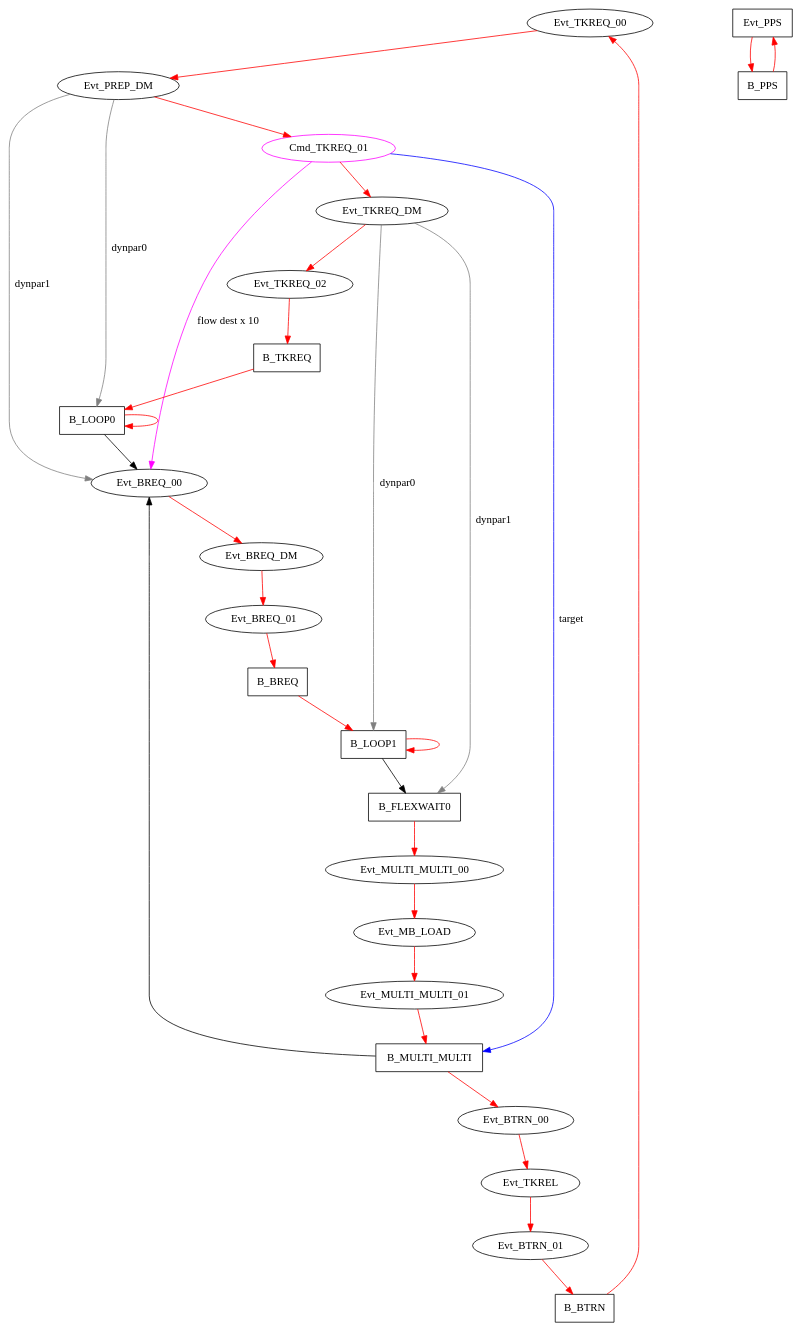
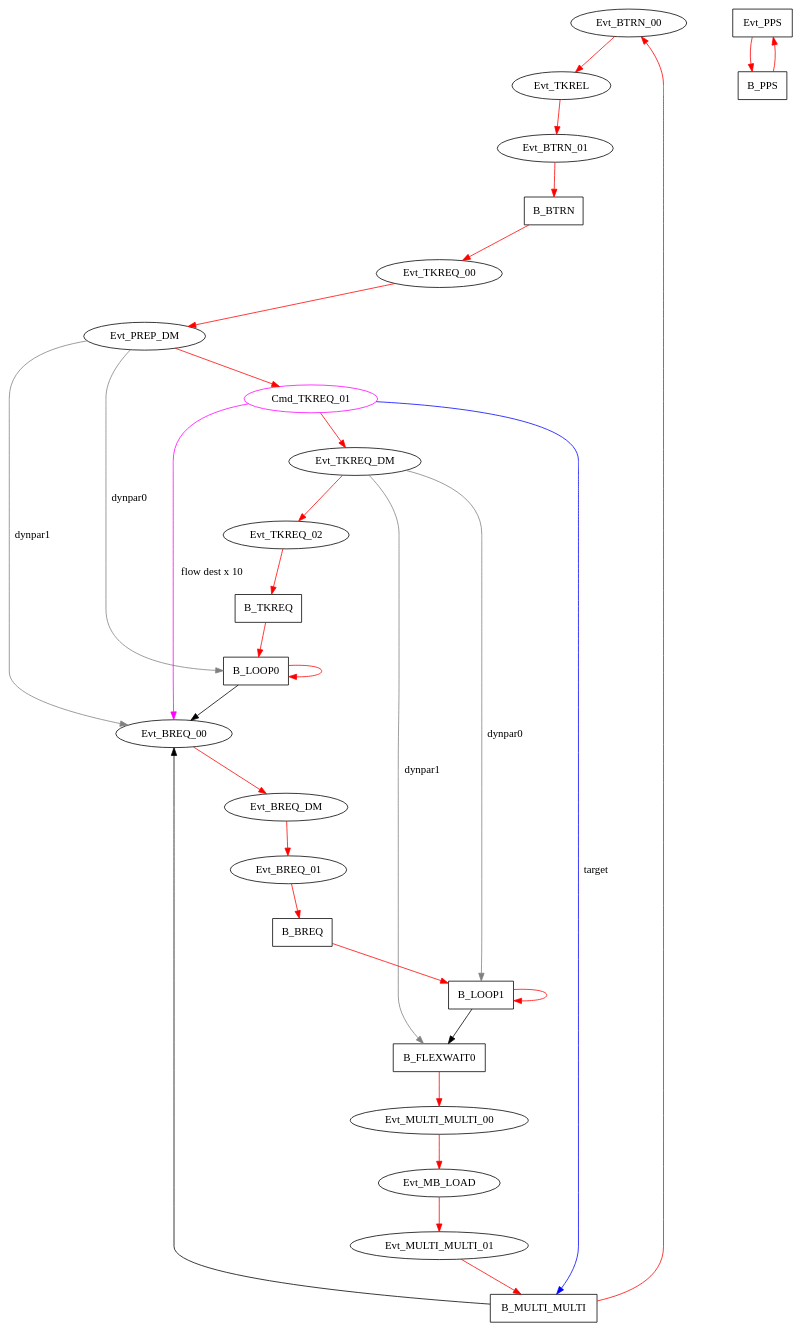
The diagram in modules/ftm/tests_schedule_validation/doc/TestPattern/multi_schedule.dot (Booxer/bel_projects), drawn with Graphviz before and after one commit. The commit also changed 2 other files, not shown here.

```diff
--- a/modules/ftm/tests_schedule_validation/doc/TestPattern/multi_schedule.dot
+++ b/modules/ftm/tests_schedule_validation/doc/TestPattern/multi_schedule.dot
@@ -1,153 +1,57 @@
 digraph g {
 name="Multi_demo";
 
 graph [root="Evt_TKREQ_00",  rankdir=TB, nodesep=0.6, mindist=0.6, ranksep=0.6, overlap=false]
 node  [type="TMsg",   shape="rectangle", style="filled", fillcolor="white", color="black", cpu="0"]
 edge  [type="defdst", color="red"]
 
 subgraph cpu0 {
   node  [cpu="0"];
 
-  Evt_TKREQ_00        [type="TMsg",         toffs=        0,   id="0x0000000000000001", par="0x123", shape="oval"];
-  Evt_PREP_DM         [type="TMsg",         toffs=      100,   id="0x1111000000000000", par="0x0",   shape="oval"];
-  Cmd_TKREQ_01        [type="Flow",         toffs=      300,   tValid=0, qty=9, color="magenta",     shape="oval"];
-  Evt_TKREQ_DM        [type="TMsg",         toffs=      500,   id="0x2222000000000000", par="0x0",   shape="oval"];
-  Evt_TKREQ_02        [type="TMsg",         toffs=     1000,   id="0x0000000000000002", par="0x456", shape="oval"];
-  B_TKREQ             [type="Block",      tperiod=200000000];
-  B_LOOP0             [type="Block",      tperiod=    10000, qil="1", qhi="1", qlo="1"];
-  Evt_BREQ_00         [type="TMsg",         toffs=        0,   id="0x0000000000000003", par="0x456", shape="oval"];
-  Evt_BREQ_DM         [type="TMsg",         toffs=     2000,   id="0x3333000000000000", par="0x456", shape="oval"];
-  Evt_BREQ_01         [type="TMsg",         toffs=     9000,   id="0x0000000000000004", par="0x456", shape="oval"];
-  B_BREQ              [type="Block",      tperiod=  2000000];
-  B_LOOP1             [type="Block",      tperiod=    10000, qil="1", qhi="1", qlo="1"];
-  B_FLEXWAIT0         [type="Block",      tperiod=    71111, qil="1", qhi="1", qlo="1"];
-  Evt_MULTI_MULTI_00  [type="TMsg",         toffs=        0,   id="0x0000000000000005", par="0x456", shape="oval"];
-  Evt_MB_LOAD         [type="TMsg",         toffs=      200,   id="0x0000000000000006", par="0x456", shape="oval"];
-  Evt_MULTI_MULTI_01  [type="TMsg",         toffs=      700,   id="0x0000000000000007", par="0x456", shape="oval"];
-  B_MULTI_MULTI       [type="BlockAlign", tperiod= 10000000, qil="1", qhi="1", qlo="1"];
-  Evt_BTRN_00         [type="TMsg",         toffs=      500,   id="0x0000000000000008", par="0x456", shape="oval"];
-  Evt_TKREL           [type="TMsg",         toffs=    10000,   id="0x4444000000000000", par="0x456", shape="oval"];
-  Evt_BTRN_01         [type="TMsg",         toffs=    10500,   id="0x0000000000000009", par="0x456", shape="oval"];
-  B_BTRN              [type="Block",      tperiod=   200000];
+  Evt_BTRN_00         [pos="720,864",  type="TMsg",         toffs=      500,   id="0x0000000000000008", par="0x456", shape="oval"];
+  Evt_TKREL           [pos="720,1008",type="TMsg",         toffs=    10000,   id="0x4444000000000000", par="0x456", shape="oval"];
+  Evt_BTRN_01         [pos="360,1008", type="TMsg",         toffs=    10500,   id="0x0000000000000009", par="0x456", shape="oval"];
+  B_BTRN              [pos="0,1008",   type="Block",      tperiod=   200000];
+  Evt_TKREQ_00        [pos="0,864",    type="TMsg",         toffs=        0,   id="0x0000000000000001", par="0x123", shape="oval"];
+  Evt_PREP_DM         [pos="0,720",    type="TMsg",         toffs=      100,   id="0x1111000000000000", par="0x0",   shape="oval"];
+  Cmd_TKREQ_01        [pos="360,864",  type="Flow",         toffs=      300,   tValid=0, qty=9, color="magenta",     shape="oval"];
+  Evt_TKREQ_DM        [pos="540,432",  type="TMsg",         toffs=      500,   id="0x2222000000000000", par="0x0",   shape="oval"];
+  Evt_TKREQ_02        [pos="0,288",  type="TMsg",         toffs=     1000,   id="0x0000000000000002", par="0x456", shape="oval"];
+  B_TKREQ             [pos="0,432",  type="Block",      tperiod=200000000];
+  B_LOOP0             [pos="0,576",    type="Block",      tperiod=    10000, qil="1", qhi="1", qlo="1"];
+  B_FLEXWAIT0         [pos="720,144", type="Block",      tperiod=    71111, qil="1", qhi="1", qlo="1"];
+  Evt_MULTI_MULTI_00  [pos="780,288", type="TMsg",         toffs=        0,   id="0x0000000000000005", par="0x456", shape="oval"];
+  Evt_MB_LOAD         [pos="780,432", type="TMsg",         toffs=      200,   id="0x0000000000000006", par="0x456", shape="oval"];
+  Evt_MULTI_MULTI_01  [pos="720,576", type="TMsg",         toffs=      700,   id="0x0000000000000007", par="0x456", shape="oval"];
+  B_MULTI_MULTI       [pos="540,720", type="BlockAlign", tperiod= 10000000, qil="1", qhi="1", qlo="1"];
+  Evt_BREQ_00         [pos="360,576",  type="TMsg",         toffs=        0,   id="0x0000000000000003", par="0x456", shape="oval"];
+  Evt_BREQ_DM         [pos="300,432",  type="TMsg",         toffs=     2000,   id="0x3333000000000000", par="0x456", shape="oval"];
+  Evt_BREQ_01         [pos="300,288",  type="TMsg",         toffs=     9000,   id="0x0000000000000004", par="0x456", shape="oval"];
+  B_BREQ              [pos="360,144",  type="Block",      tperiod=  2000000];
+  B_LOOP1             [pos="540,0",    type="Block",      tperiod=    10000, qil="1", qhi="1", qlo="1"];
 
   Evt_TKREQ_00  -> Evt_PREP_DM -> Cmd_TKREQ_01 -> Evt_TKREQ_DM -> Evt_TKREQ_02 -> B_TKREQ -> B_LOOP0 -> B_LOOP0;
   Cmd_TKREQ_01  -> B_MULTI_MULTI [type="target", color="blue", label="target"];
   Cmd_TKREQ_01  -> Evt_BREQ_00 [type="flowdst", color="magenta", label="flow dest x 10"];
 
   Evt_PREP_DM   -> B_LOOP0      [type="dynpar0", color="grey", label="dynpar0"];
   Evt_PREP_DM   -> Evt_BREQ_00  [type="dynpar1", color="grey", label="dynpar1"];
   Evt_TKREQ_DM  -> B_LOOP1      [type="dynpar0", color="grey", label="dynpar0"];
   Evt_TKREQ_DM  -> B_FLEXWAIT0  [type="dynpar1", color="grey", label="dynpar1"];
   B_LOOP0       -> Evt_BREQ_00  [type="altdst",  color="black"];
 
   Evt_BREQ_00   -> Evt_BREQ_DM  -> Evt_BREQ_01  -> B_BREQ -> B_LOOP1 -> B_LOOP1;
   B_LOOP1       -> B_FLEXWAIT0 [type="altdst", color="black"];
   B_FLEXWAIT0   -> Evt_MULTI_MULTI_00 -> Evt_MB_LOAD -> Evt_MULTI_MULTI_01 -> B_MULTI_MULTI -> Evt_BTRN_00 -> Evt_TKREL -> Evt_BTRN_01 -> B_BTRN -> Evt_TKREQ_00;
   B_MULTI_MULTI -> Evt_BREQ_00 [type="altdst", color="black"];
 
 }
 
 subgraph cpu1 {
   node  [cpu="1"];
-
-
-  Evt_PPS   [type="tmsg",   toffs=          0,   fid=0, gid=5, evtno=205, sid=2, bpid=8, par="0x123"];
-  B_PPS     [type="block",  tperiod=1000000000];
-  Evt_PPS   -> B_PPS -> Evt_PPS;
+  Evt_PPS   [pos="0,144", type="tmsg", toffs=0, fid=0, gid=5, evtno=205, sid=2, bpid=8, par="0x123"];
+  B_PPS     [pos="0,0",   type="block", tperiod=1000000000];
+  Evt_PPS -> B_PPS -> Evt_PPS;
+}
 
 }
-
-
-/*
-B_LOOP0_ListDst [type="ListDst", color="grey", style=dashed, flags=0];
-B_LOOP0_QBl_Hi [type="QInfo", color="grey", style=dashed, flags=0];
-B_LOOP0_QBl_Il [type="QInfo", color="grey", style=dashed, flags=0];
-B_LOOP0_QBl_Lo [type="QInfo", color="grey", style=dashed, flags=0];
-B_LOOP0_Qb_Hi0 [type="QBuf", color="grey", style=dashed, flags=0];
-B_LOOP0_Qb_Il0 [type="QBuf", color="grey", style=dashed, flags=0];
-B_LOOP0_Qb_Lo0 [type="QBuf", color="grey", style=dashed, flags=0];
-B_LOOP0_Qb_Hi1 [type="QBuf", color="grey", style=dashed, flags=0];
-B_LOOP0_Qb_Il1 [type="QBuf", color="grey", style=dashed, flags=0];
-B_LOOP0_Qb_Lo1 [type="QBuf", color="grey", style=dashed, flags=0];
-
-B_LOOP0->B_LOOP0_QBl_Il [type="prioil", color="grey", style=dashed, label="Il Qbuf List"];
-B_LOOP0->B_LOOP0_QBl_Hi [type="priohi", color="grey", style=dashed, label="Hi Qbuf List"];
-B_LOOP0->B_LOOP0_QBl_Lo [type="priolo", color="grey", style=dashed, label="Lo Qbuf List"];
-B_LOOP0_QBl_Il->B_LOOP0_Qb_Il0 [type="meta", color="grey", style=dashed, label="QBuf"];
-B_LOOP0_QBl_Hi->B_LOOP0_Qb_Hi0 [type="meta", color="grey", style=dashed, label="QBuf"];
-B_LOOP0_QBl_Lo->B_LOOP0_Qb_Lo0 [type="meta", color="grey", style=dashed, label="QBuf"];
-B_LOOP0_QBl_Il->B_LOOP0_Qb_Il1 [type="meta", color="grey", style=dashed, label="QBuf"];
-B_LOOP0_QBl_Hi->B_LOOP0_Qb_Hi1 [type="meta", color="grey", style=dashed, label="QBuf"];
-B_LOOP0_QBl_Lo->B_LOOP0_Qb_Lo1 [type="meta", color="grey", style=dashed, label="QBuf"];
-B_LOOP0->B_LOOP0_ListDst [type="listdst", color="grey", style=dashed, label="listdst"];
-
-B_LOOP1_ListDst [type="ListDst", color="grey", style=dashed, flags=0];
-B_LOOP1_QBl_Hi [type="QInfo", color="grey", style=dashed, flags=0];
-B_LOOP1_QBl_Il [type="QInfo", color="grey", style=dashed, flags=0];
-B_LOOP1_QBl_Lo [type="QInfo", color="grey", style=dashed, flags=0];
-B_LOOP1_Qb_Hi0 [type="QBuf", color="grey", style=dashed, flags=0];
-B_LOOP1_Qb_Il0 [type="QBuf", color="grey", style=dashed, flags=0];
-B_LOOP1_Qb_Lo0 [type="QBuf", color="grey", style=dashed, flags=0];
-B_LOOP1_Qb_Hi1 [type="QBuf", color="grey", style=dashed, flags=0];
-B_LOOP1_Qb_Il1 [type="QBuf", color="grey", style=dashed, flags=0];
-B_LOOP1_Qb_Lo1 [type="QBuf", color="grey", style=dashed, flags=0];
-
-B_LOOP1->B_LOOP1_QBl_Il [type="prioil", color="grey", style=dashed, label="Il Qbuf List"];
-B_LOOP1->B_LOOP1_QBl_Hi [type="priohi", color="grey", style=dashed, label="Hi Qbuf List"];
-B_LOOP1->B_LOOP1_QBl_Lo [type="priolo", color="grey", style=dashed, label="Lo Qbuf List"];
-B_LOOP1_QBl_Il->B_LOOP1_Qb_Il0 [type="meta", color="grey", style=dashed, label="QBuf"];
-B_LOOP1_QBl_Hi->B_LOOP1_Qb_Hi0 [type="meta", color="grey", style=dashed, label="QBuf"];
-B_LOOP1_QBl_Lo->B_LOOP1_Qb_Lo0 [type="meta", color="grey", style=dashed, label="QBuf"];
-B_LOOP1_QBl_Il->B_LOOP1_Qb_Il1 [type="meta", color="grey", style=dashed, label="QBuf"];
-B_LOOP1_QBl_Hi->B_LOOP1_Qb_Hi1 [type="meta", color="grey", style=dashed, label="QBuf"];
-B_LOOP1_QBl_Lo->B_LOOP1_Qb_Lo1 [type="meta", color="grey", style=dashed, label="QBuf"];
-B_LOOP1->B_LOOP1_ListDst [type="listdst", color="grey", style=dashed, label="listdst"];
-
-B_FLEXWAIT0_ListDst [type="ListDst", color="grey", style=dashed, flags=0];
-B_FLEXWAIT0_QBl_Hi [type="QInfo", color="grey", style=dashed, flags=0];
-B_FLEXWAIT0_QBl_Il [type="QInfo", color="grey", style=dashed, flags=0];
-B_FLEXWAIT0_QBl_Lo [type="QInfo", color="grey", style=dashed, flags=0];
-B_FLEXWAIT0_Qb_Hi0 [type="QBuf", color="grey", style=dashed, flags=0];
-B_FLEXWAIT0_Qb_Il0 [type="QBuf", color="grey", style=dashed, flags=0];
-B_FLEXWAIT0_Qb_Lo0 [type="QBuf", color="grey", style=dashed, flags=0];
-B_FLEXWAIT0_Qb_Hi1 [type="QBuf", color="grey", style=dashed, flags=0];
-B_FLEXWAIT0_Qb_Il1 [type="QBuf", color="grey", style=dashed, flags=0];
-B_FLEXWAIT0_Qb_Lo1 [type="QBuf", color="grey", style=dashed, flags=0];
-
-B_FLEXWAIT0->B_FLEXWAIT0_QBl_Il [type="prioil", color="grey", style=dashed, label="Il Qbuf List"];
-B_FLEXWAIT0->B_FLEXWAIT0_QBl_Hi [type="priohi", color="grey", style=dashed, label="Hi Qbuf List"];
-B_FLEXWAIT0->B_FLEXWAIT0_QBl_Lo [type="priolo", color="grey", style=dashed, label="Lo Qbuf List"];
-B_FLEXWAIT0_QBl_Il->B_FLEXWAIT0_Qb_Il0 [type="meta", color="grey", style=dashed, label="QBuf"];
-B_FLEXWAIT0_QBl_Hi->B_FLEXWAIT0_Qb_Hi0 [type="meta", color="grey", style=dashed, label="QBuf"];
-B_FLEXWAIT0_QBl_Lo->B_FLEXWAIT0_Qb_Lo0 [type="meta", color="grey", style=dashed, label="QBuf"];
-B_FLEXWAIT0_QBl_Il->B_FLEXWAIT0_Qb_Il1 [type="meta", color="grey", style=dashed, label="QBuf"];
-B_FLEXWAIT0_QBl_Hi->B_FLEXWAIT0_Qb_Hi1 [type="meta", color="grey", style=dashed, label="QBuf"];
-B_FLEXWAIT0_QBl_Lo->B_FLEXWAIT0_Qb_Lo1 [type="meta", color="grey", style=dashed, label="QBuf"];
-B_FLEXWAIT0->B_FLEXWAIT0_ListDst [type="listdst", color="grey", style=dashed, label="listdst"];
-
-
-B_MULTI_MULTI_ListDst [type="ListDst", color="grey", style=dashed, flags=0];
-B_MULTI_MULTI_QBl_Hi [type="QInfo", color="grey", style=dashed, flags=0];
-B_MULTI_MULTI_QBl_Il [type="QInfo", color="grey", style=dashed, flags=0];
-B_MULTI_MULTI_QBl_Lo [type="QInfo", color="grey", style=dashed, flags=0];
-B_MULTI_MULTI_Qb_Hi0 [type="QBuf", color="grey", style=dashed, flags=0];
-B_MULTI_MULTI_Qb_Il0 [type="QBuf", color="grey", style=dashed, flags=0];
-B_MULTI_MULTI_Qb_Lo0 [type="QBuf", color="grey", style=dashed, flags=0];
-B_MULTI_MULTI_Qb_Hi1 [type="QBuf", color="grey", style=dashed, flags=0];
-B_MULTI_MULTI_Qb_Il1 [type="QBuf", color="grey", style=dashed, flags=0];
-B_MULTI_MULTI_Qb_Lo1 [type="QBuf", color="grey", style=dashed, flags=0];
-
-B_MULTI_MULTI->B_MULTI_MULTI_QBl_Il [type="prioil", color="grey", style=dashed, label="Il Qbuf List"];
-B_MULTI_MULTI->B_MULTI_MULTI_QBl_Hi [type="priohi", color="grey", style=dashed, label="Hi Qbuf List"];
-B_MULTI_MULTI->B_MULTI_MULTI_QBl_Lo [type="priolo", color="grey", style=dashed, label="Lo Qbuf List"];
-B_MULTI_MULTI_QBl_Il->B_MULTI_MULTI_Qb_Il0 [type="meta", color="grey", style=dashed, label="QBuf"];
-B_MULTI_MULTI_QBl_Hi->B_MULTI_MULTI_Qb_Hi0 [type="meta", color="grey", style=dashed, label="QBuf"];
-B_MULTI_MULTI_QBl_Lo->B_MULTI_MULTI_Qb_Lo0 [type="meta", color="grey", style=dashed, label="QBuf"];
-B_MULTI_MULTI_QBl_Il->B_MULTI_MULTI_Qb_Il1 [type="meta", color="grey", style=dashed, label="QBuf"];
-B_MULTI_MULTI_QBl_Hi->B_MULTI_MULTI_Qb_Hi1 [type="meta", color="grey", style=dashed, label="QBuf"];
-B_MULTI_MULTI_QBl_Lo->B_MULTI_MULTI_Qb_Lo1 [type="meta", color="grey", style=dashed, label="QBuf"];
-B_MULTI_MULTI->B_MULTI_MULTI_ListDst [type="listdst", color="grey", style=dashed, label="listdst"];
-*/
-
-
-}
```
